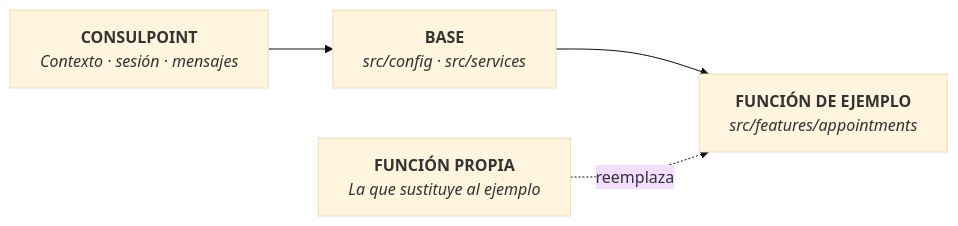
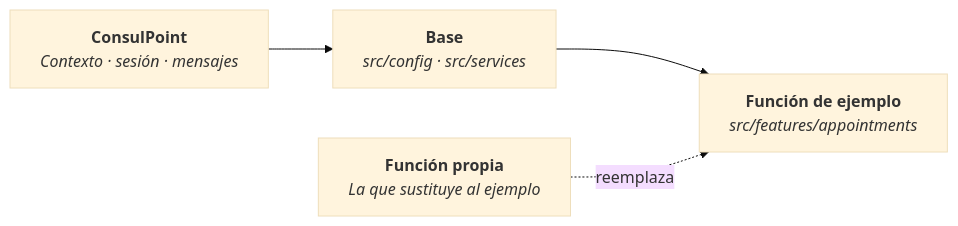
The diagram in docs/aplicaciones-integradas/desarrollar/plantilla-de-inicio.md (akui-solutions/consul-point-docs), drawn with Mermaid (base theme) before and after one commit. The commit also changed other lines of this file and 60 other files, not shown here.

````diff
--- a/docs/aplicaciones-integradas/desarrollar/plantilla-de-inicio.md
+++ b/docs/aplicaciones-integradas/desarrollar/plantilla-de-inicio.md
@@ -65,11 +63,11 @@
 ```mermaid
 flowchart LR
 
-    P["<b>CONSULPOINT</b><br/><i>Contexto · sesión · mensajes</i>"]
-    B["<b>BASE</b><br/><i>src/config · src/services</i>"]
-    F["<b>FUNCIÓN DE EJEMPLO</b><br/><i>src/features/appointments</i>"]
-    N["<b>FUNCIÓN PROPIA</b><br/><i>La que sustituye al ejemplo</i>"]
+    P["<b>ConsulPoint</b><br/><i>Contexto · sesión · mensajes</i>"]
+    B["<b>Base</b><br/><i>src/config · src/services</i>"]
+    F["<b>Función de ejemplo</b><br/><i>src/features/appointments</i>"]
+    N["<b>Función propia</b><br/><i>La que sustituye al ejemplo</i>"]
 
     P --> B --> F
     N -.->|reemplaza| F
 ```
````
